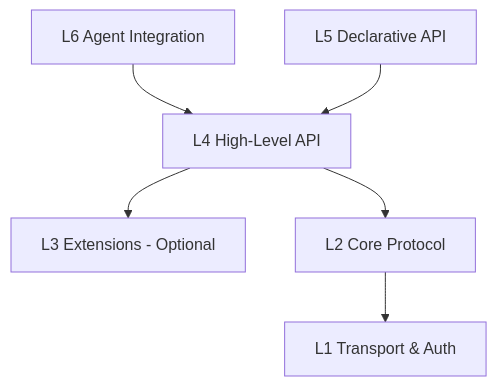
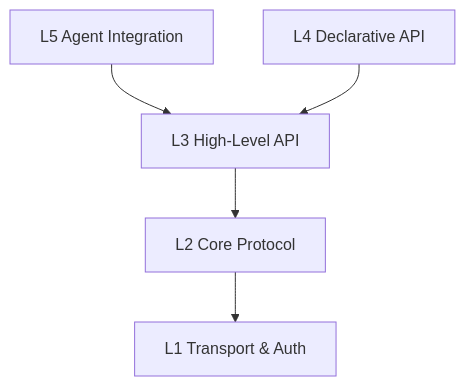
One commit to Alibaba-Agent-Sandbox/python-sdk changed the second of 2 diagrams in docs/en/design/architecture.md. Above: the diagram before and after it, drawn with Mermaid. The commit also changed other lines of this file and 819 other files, not shown here.

````diff
--- a/docs/en/design/architecture.md
+++ b/docs/en/design/architecture.md
@@ -153,8 +136,7 @@
 ```mermaid
 graph TD
-    L6[L6 Agent Integration] --> L4[L4 High-Level API]
-    L5[L5 Declarative API] --> L4
-    L4 --> L3[L3 Extensions - Optional]
-    L4 --> L2[L2 Core Protocol]
+    L5[L5 Agent Integration] --> L3[L3 High-Level API]
+    L4[L4 Declarative API] --> L3
+    L3 --> L2[L2 Core Protocol]
     L2 --> L1[L1 Transport & Auth]
 ```
````
